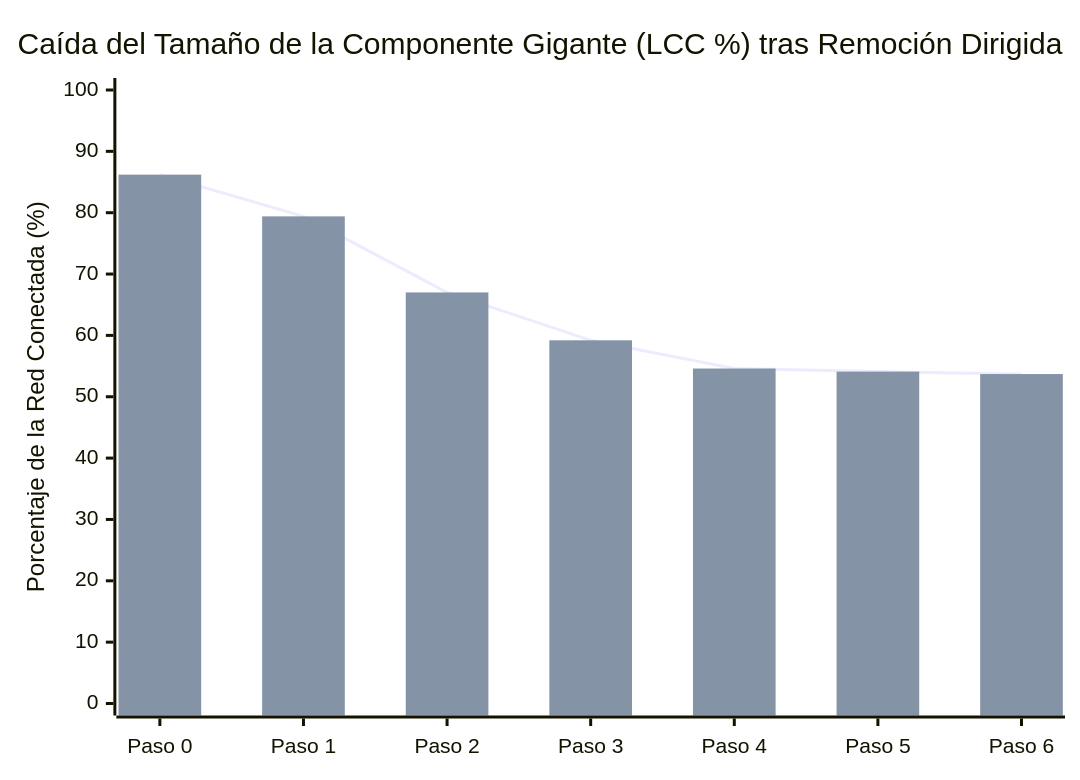
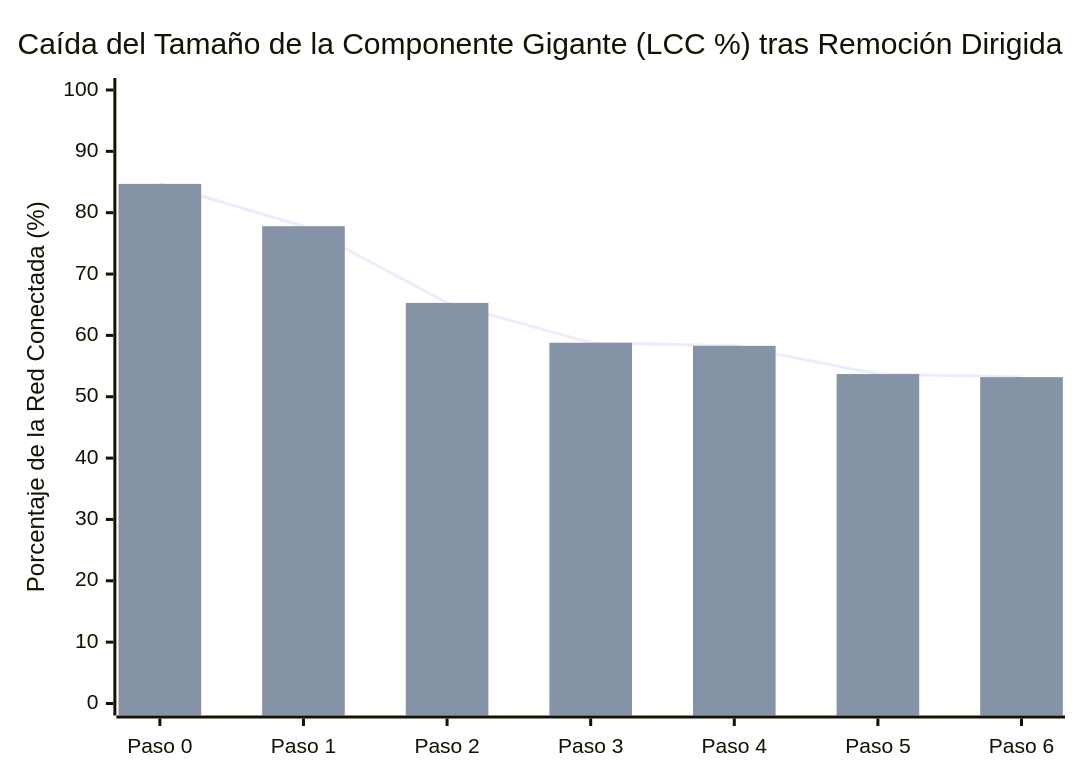
Before and after one commit to 0kamir/ftm-chile: the diagram in 05_Vistas_Analiticas/Simulacion_Desarticulacion_Red.md, drawn with Mermaid. The commit also changed other lines of this file and 37 other files, not shown here.

````diff
--- a/05_Vistas_Analiticas/Simulacion_Desarticulacion_Red.md
+++ b/05_Vistas_Analiticas/Simulacion_Desarticulacion_Red.md
@@ -19,8 +19,8 @@
 ```mermaid
 xychart-beta
   title "Caída del Tamaño de la Componente Gigante (LCC %) tras Remoción Dirigida"
   x-axis ["Paso 0", "Paso 1", "Paso 2", "Paso 3", "Paso 4", "Paso 5", "Paso 6"]
   y-axis "Porcentaje de la Red Conectada (%)" 0 --> 100
-  line [86.2, 79.4, 67.0, 59.2, 54.6, 54.1, 53.7]
-  bar [86.2, 79.4, 67.0, 59.2, 54.6, 54.1, 53.7]
+  line [84.7, 77.8, 65.3, 58.8, 58.3, 53.7, 53.2]
+  bar [84.7, 77.8, 65.3, 58.8, 58.3, 53.7, 53.2]
 ```
````
